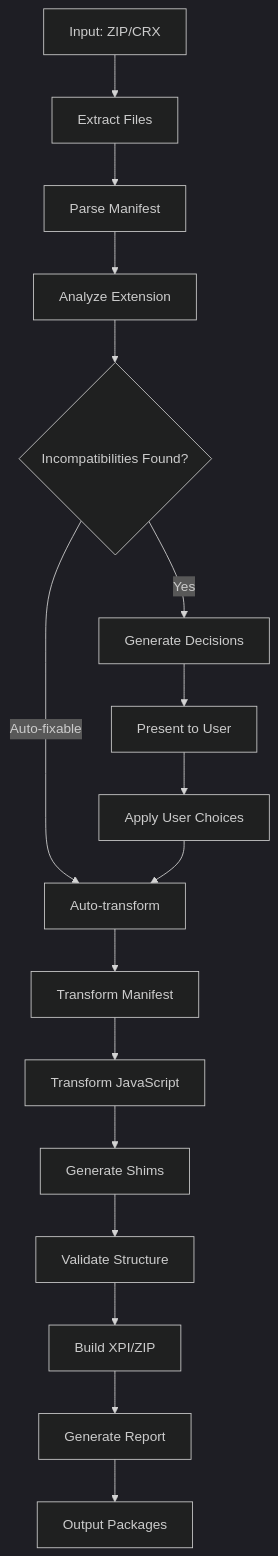
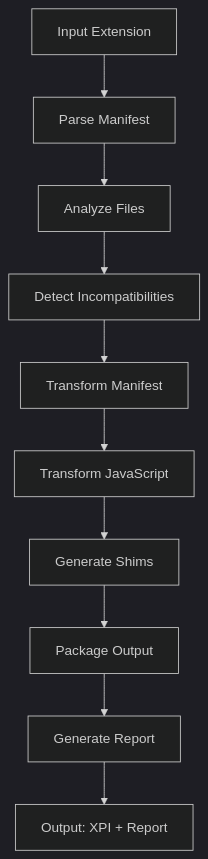
Before and after one commit to OtsoBear/chrome2moz: the diagram in ARCHITECTURE.md, drawn with Mermaid (dark theme). The commit also changed other lines of this file and 34 other files, not shown here.

First line of the commit message:
feat: implement Chrome to Firefox extension converter with automatic executeScript transformation

````diff
--- a/ARCHITECTURE.md
+++ b/ARCHITECTURE.md
@@ -161,19 +91,12 @@
 ```mermaid
 graph TD
-    A[Input: ZIP/CRX] --> B[Extract Files]
-    B --> C[Parse Manifest]
-    C --> D[Analyze Extension]
-    D --> E{Incompatibilities Found?}
-    E -->|Yes| F[Generate Decisions]
-    F --> G[Present to User]
-    G --> H[Apply User Choices]
-    E -->|Auto-fixable| I[Auto-transform]
-    H --> I
-    I --> J[Transform Manifest]
-    J --> K[Transform JavaScript]
-    K --> L[Generate Shims]
-    L --> M[Validate Structure]
-    M --> N[Build XPI/ZIP]
-    N --> O[Generate Report]
-    O --> P[Output Packages]
+    A[Input Extension] --> B[Parse Manifest]
+    B --> C[Analyze Files]
+    C --> D[Detect Incompatibilities]
+    D --> E[Transform Manifest]
+    E --> F[Transform JavaScript]
+    F --> G[Generate Shims]
+    G --> H[Package Output]
+    H --> I[Generate Report]
+    I --> J[Output: XPI + Report]
 ```
````
